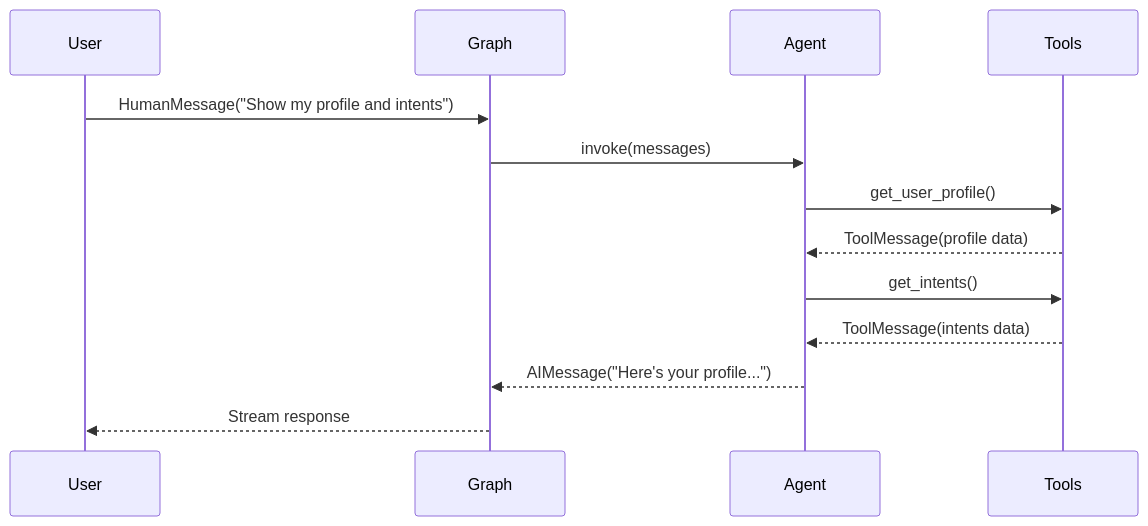
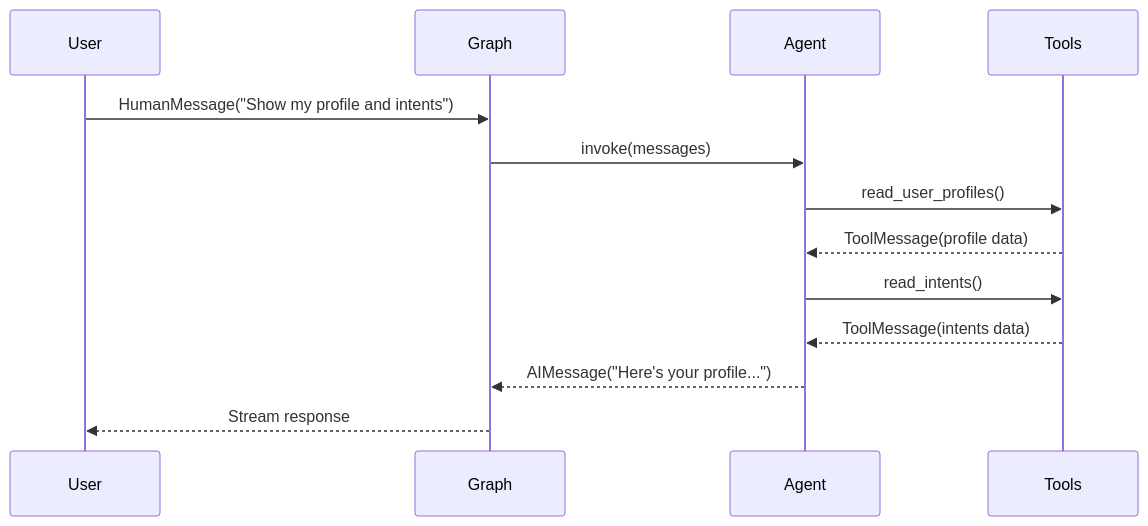
Before and after one commit to yanekyuk/index: the fifth of 6 diagrams in protocol/src/lib/protocol/graphs/chat/README.md, drawn with Mermaid. The commit also changed other lines of this file and 9 other files, not shown here.

````diff
--- a/protocol/src/lib/protocol/graphs/chat/README.md
+++ b/protocol/src/lib/protocol/graphs/chat/README.md
@@ -300,16 +303,16 @@
 ```mermaid
 sequenceDiagram
     participant U as User
     participant G as Graph
     participant A as Agent
     participant T as Tools
 
     U->>G: HumanMessage("Show my profile and intents")
     G->>A: invoke(messages)
-    A->>T: get_user_profile()
+    A->>T: read_user_profiles()
     T-->>A: ToolMessage(profile data)
-    A->>T: get_intents()
+    A->>T: read_intents()
     T-->>A: ToolMessage(intents data)
     A-->>G: AIMessage("Here's your profile...")
     G-->>U: Stream response
 ```
````
